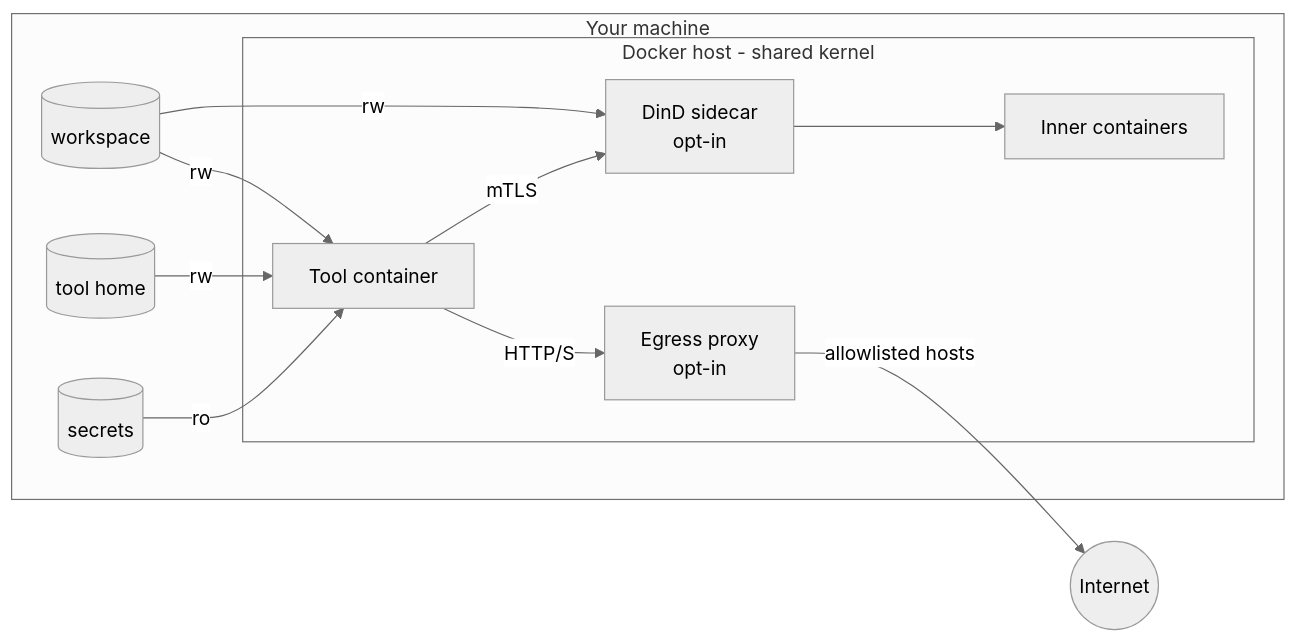
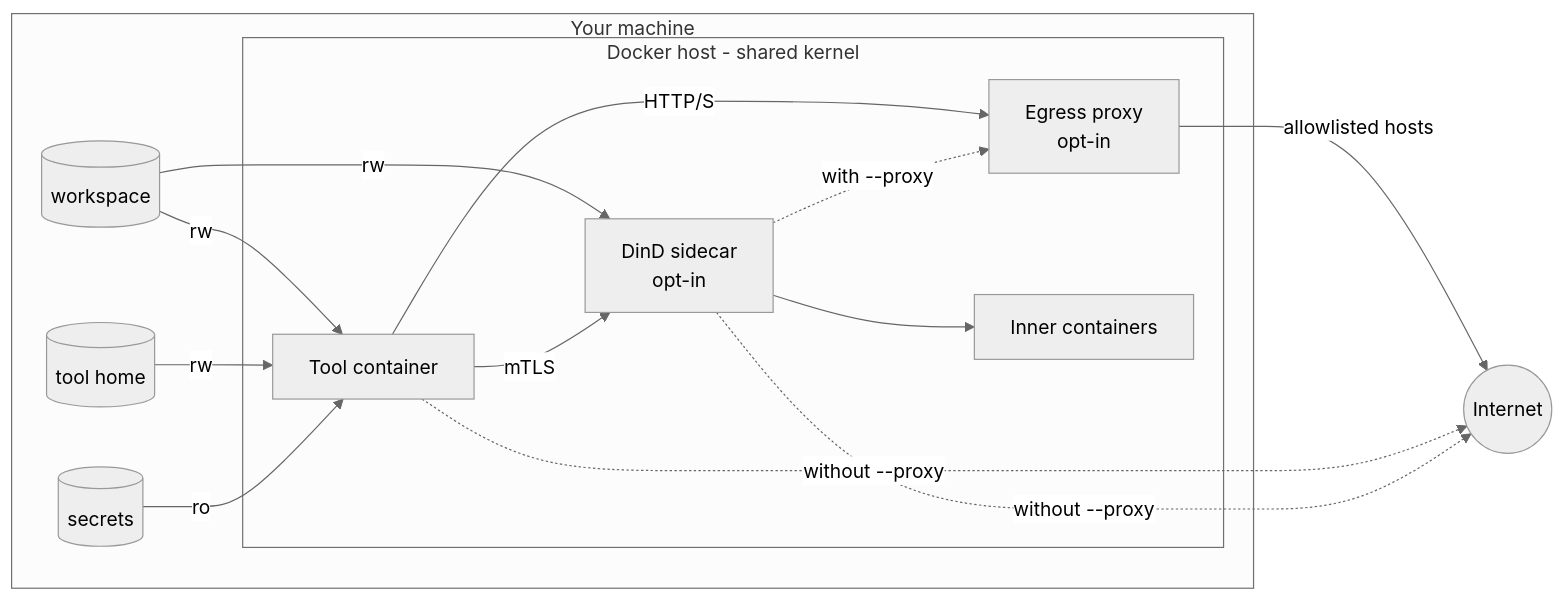
The diagram in docs/security-model.md (dylanvgils/agentic-cli), drawn with Mermaid (neutral theme) before and after one commit. The commit also changed other lines of this file and 2 other files, not shown here.

````diff
--- a/docs/security-model.md
+++ b/docs/security-model.md
@@ -7,22 +7,25 @@
 ```mermaid
 flowchart LR
     subgraph host[Your machine]
         ws[(workspace)]
         th[(tool home)]
         sec[(secrets)]
         subgraph docker[Docker host - shared kernel]
             tool[Tool container]
             proxy[Egress proxy<br/>opt-in]
             dind[DinD sidecar<br/>opt-in]
             inner[Inner containers]
         end
     end
     net((Internet))
 
     ws -- rw --> tool
     th -- rw --> tool
     sec -- ro --> tool
     ws -- rw --> dind
     tool -- HTTP/S --> proxy -- allowlisted hosts --> net
     tool -- mTLS --> dind --> inner
+    dind -.->|with --proxy| proxy
+    tool -.->|without --proxy| net
+    dind -.->|without --proxy| net
 ```
````
